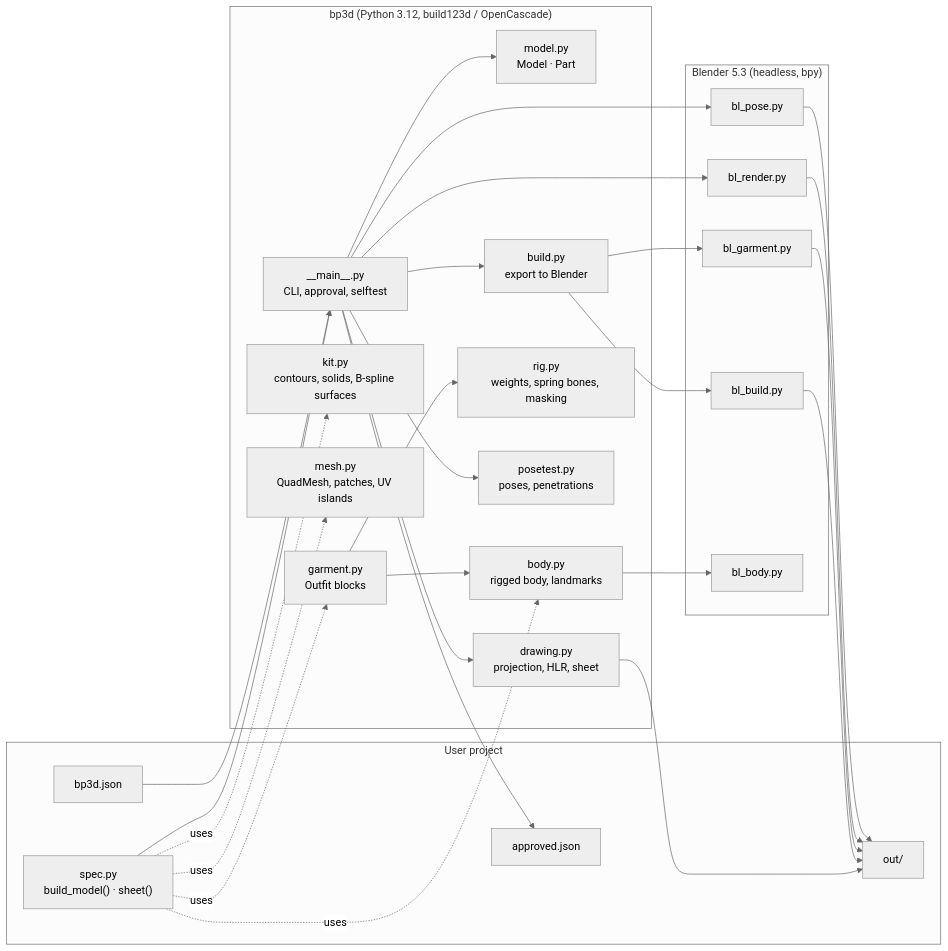
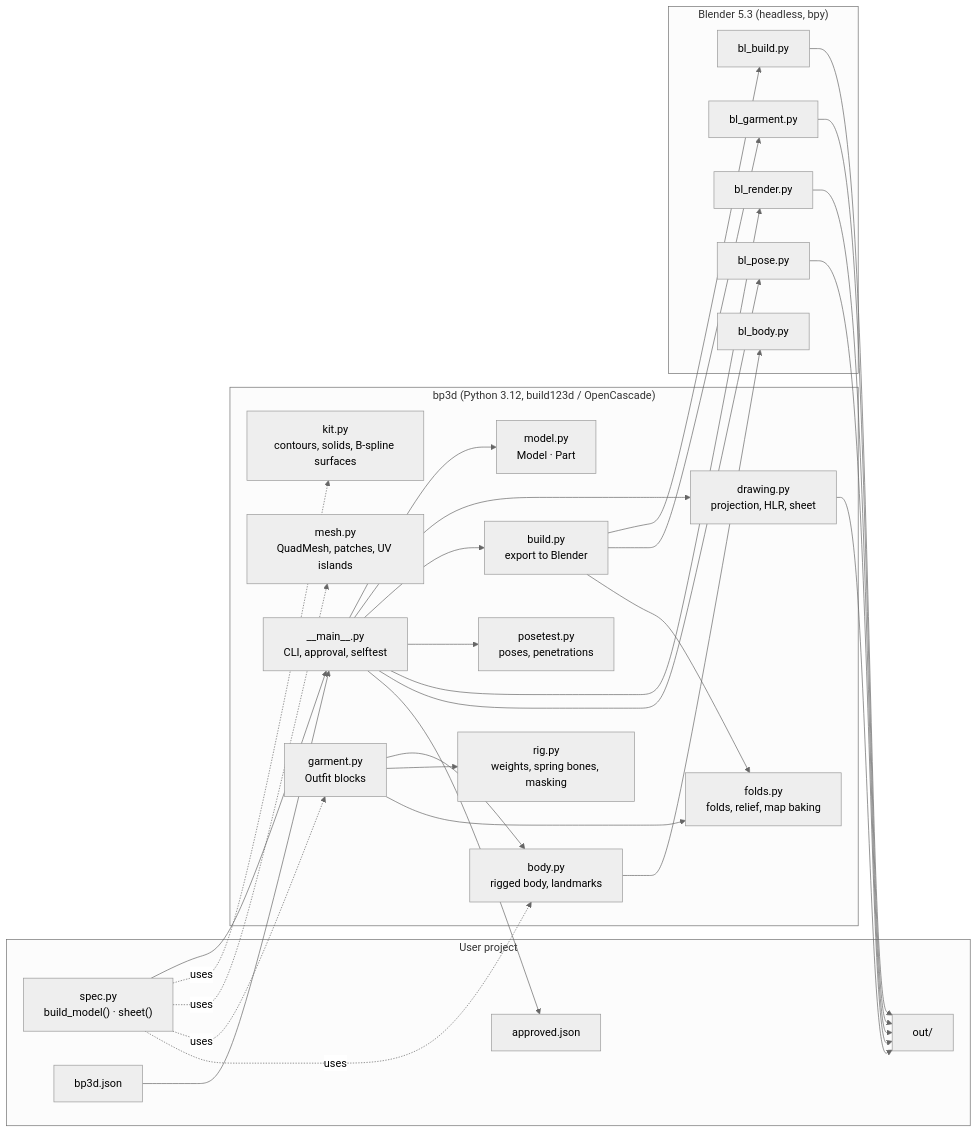
Before and after one commit to prizmor/blueprint3d: the first of 3 diagrams in docs/architecture.en.md, drawn with Mermaid (neutral theme). The commit also changed other lines of this file and 28 other files, not shown here.

````diff
--- a/docs/architecture.en.md
+++ b/docs/architecture.en.md
@@ -13,39 +13,41 @@
 ```mermaid
 flowchart LR
   subgraph user["User project"]
     spec["spec.py<br/>build_model() · sheet()"]
     cfg["bp3d.json"]
     appr["approved.json"]
     out["out/"]
   end
   subgraph py["bp3d (Python 3.12, build123d / OpenCascade)"]
     cli["__main__.py<br/>CLI, approval, selftest"]
     model["model.py<br/>Model · Part"]
     kit["kit.py<br/>contours, solids, B-spline surfaces"]
     mesh["mesh.py<br/>QuadMesh, patches, UV islands"]
+    folds["folds.py<br/>folds, relief, map baking"]
     drawing["drawing.py<br/>projection, HLR, sheet"]
     build["build.py<br/>export to Blender"]
     body["body.py<br/>rigged body, landmarks"]
     garment["garment.py<br/>Outfit blocks"]
     rig["rig.py<br/>weights, spring bones, masking"]
     posetest["posetest.py<br/>poses, penetrations"]
   end
   subgraph bl["Blender 5.3 (headless, bpy)"]
     blb["bl_build.py"]
     blg["bl_garment.py"]
     blr["bl_render.py"]
     blp["bl_pose.py"]
     blbody["bl_body.py"]
   end
   spec --> cli
   cfg --> cli
   cli --> model
   spec -.uses.-> kit & mesh & garment & body
   cli --> drawing --> out
   cli --> build --> blb & blg --> out
   cli --> posetest
-  garment --> body & rig
+  garment --> body & rig & folds
+  build --> folds
   body --> blbody
   cli --> blr & blp --> out
   cli --> appr
 ```
````
